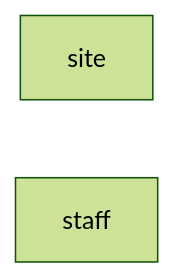
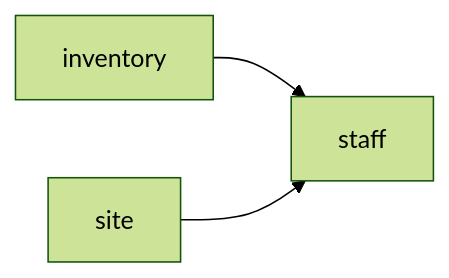
One commit to Ignibyte/aic-demo changed the diagram in docs/wiki/README.md. Above: the diagram before and after it, drawn with Mermaid (forest theme). The commit also changed other lines of this file and 53 other files, not shown here.

````diff
--- a/docs/wiki/README.md
+++ b/docs/wiki/README.md
@@ -51,5 +52,6 @@
 ```mermaid
 graph LR
-    site
     staff
+    inventory --> staff
+    site --> staff
 ```
````
